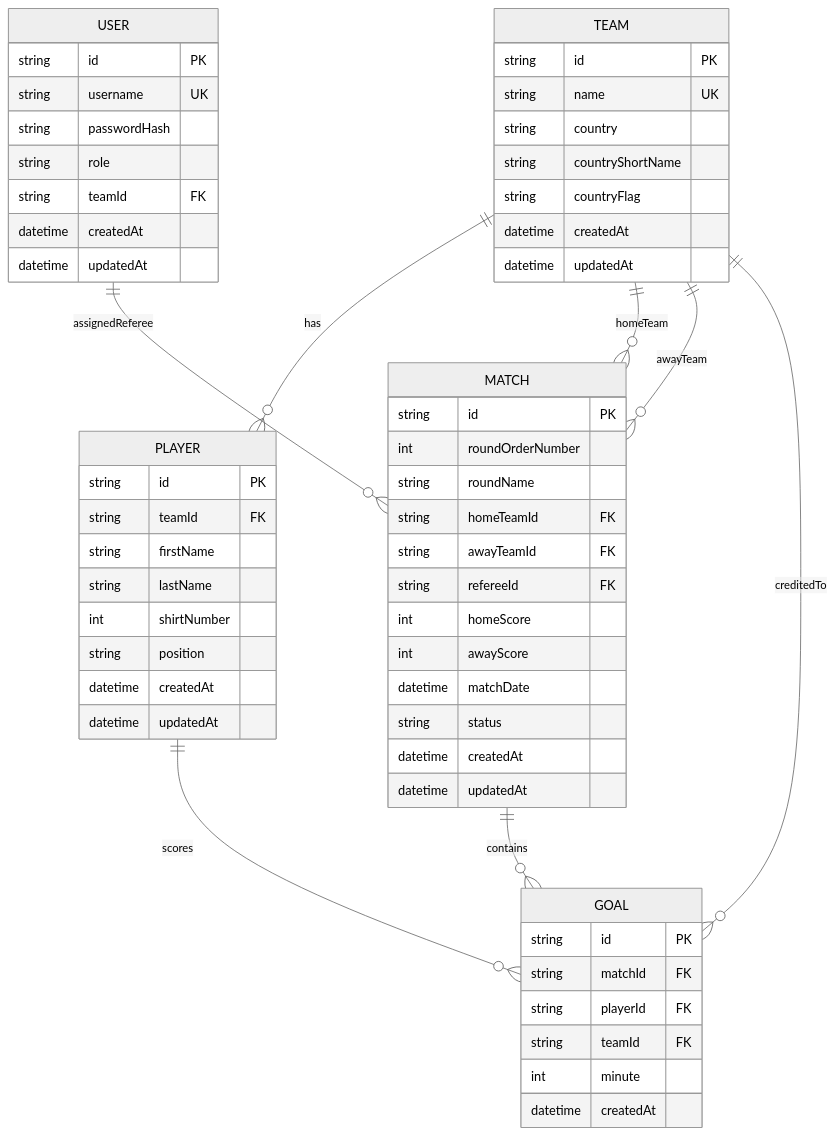
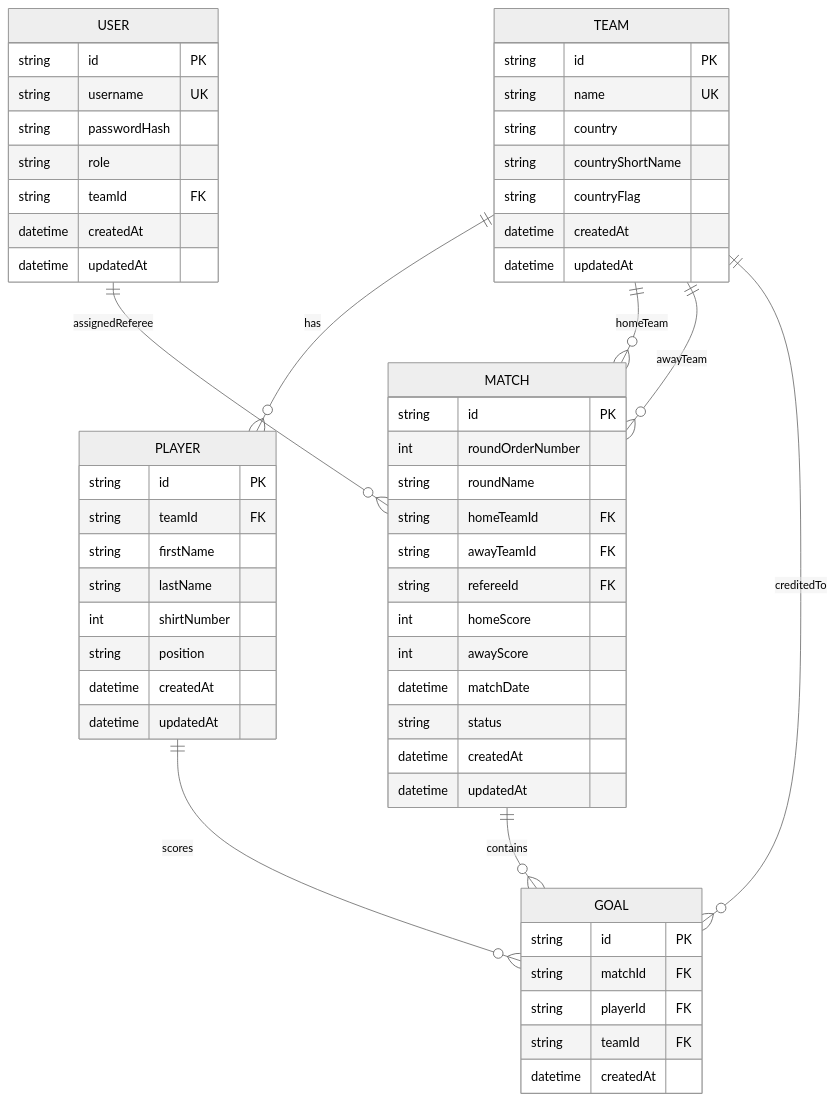
The diagram in documenation/02-data-model-erd.md (sanderkerkhofs/worldcup-manager-2026), drawn with Mermaid (neutral theme) before and after one commit. The commit also changed other lines of this file and 13 other files, not shown here.

````diff
--- a/documenation/02-data-model-erd.md
+++ b/documenation/02-data-model-erd.md
@@ -19,65 +41,64 @@
 ```mermaid
 erDiagram
     USER {
         string id PK
         string username UK
         string passwordHash
         string role
         string teamId FK
         datetime createdAt
         datetime updatedAt
     }
 
     TEAM {
         string id PK
         string name UK
         string country
         string countryShortName
         string countryFlag
         datetime createdAt
         datetime updatedAt
     }
 
     PLAYER {
         string id PK
         string teamId FK
         string firstName
         string lastName
         int shirtNumber
         string position
         datetime createdAt
         datetime updatedAt
     }
 
     MATCH {
         string id PK
         int roundOrderNumber
         string roundName
         string homeTeamId FK
         string awayTeamId FK
         string refereeId FK
         int homeScore
         int awayScore
         datetime matchDate
         string status
         datetime createdAt
         datetime updatedAt
     }
 
     GOAL {
         string id PK
         string matchId FK
         string playerId FK
         string teamId FK
-        int minute
         datetime createdAt
     }
 
     TEAM ||--o{ PLAYER : has
     TEAM ||--o{ MATCH : homeTeam
     TEAM ||--o{ MATCH : awayTeam
     USER ||--o{ MATCH : assignedReferee
     MATCH ||--o{ GOAL : contains
     PLAYER ||--o{ GOAL : scores
     TEAM ||--o{ GOAL : creditedTo
 ```
````
